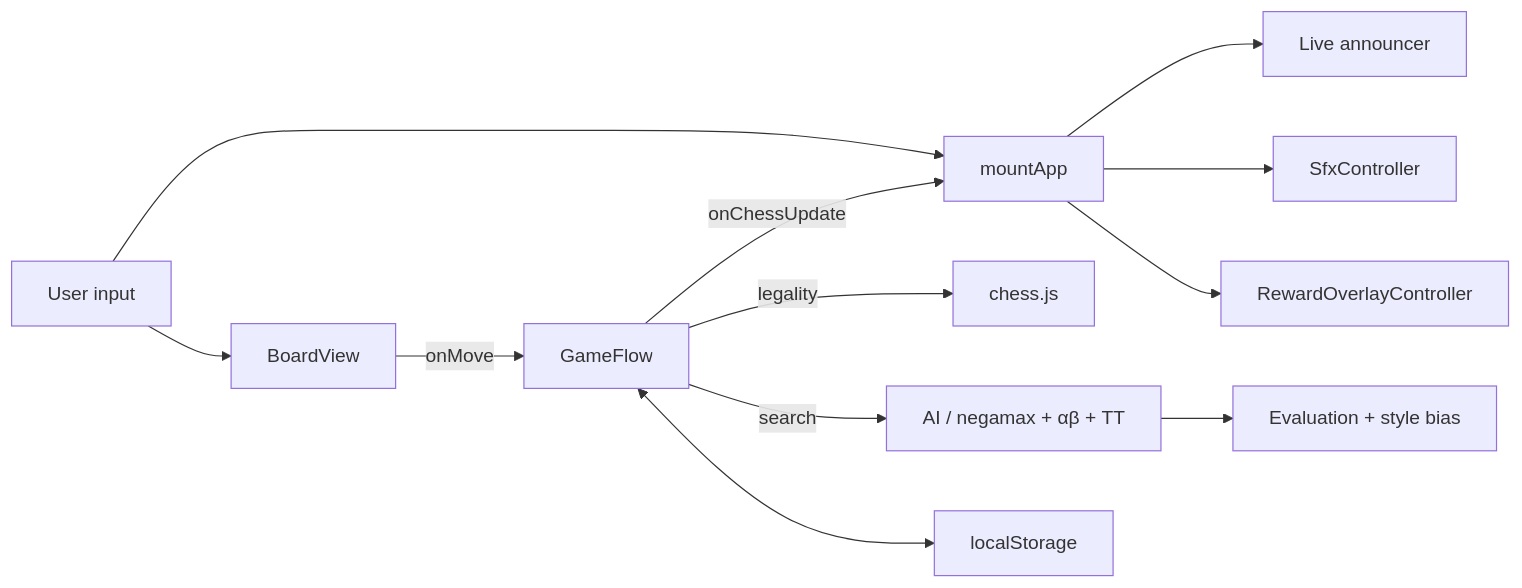
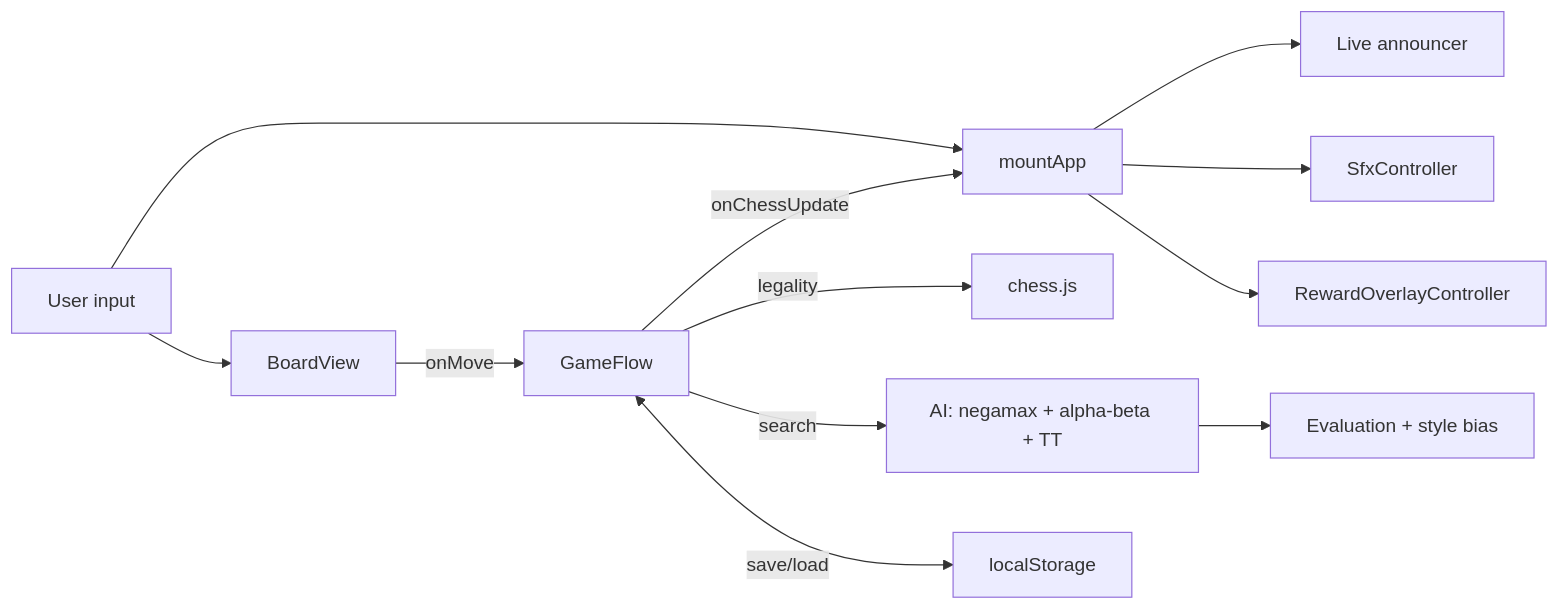
The diagram in README.md (sauterreed24/Chess-of-Kings), drawn with Mermaid before and after one commit.

Commit message:
docs(readme): fix Mermaid graph for GitHub renderer compatibility
Made-with: Cursor

````diff
--- a/README.md
+++ b/README.md
@@ -77,14 +77,14 @@
 ```mermaid
 flowchart LR
     user[User input] --> board[BoardView]
     user --> mount[mountApp]
     board -->|onMove| flow[GameFlow]
-    flow -->|legality| chessjs[chess.js]
-    flow -->|search| ai[AI / negamax + αβ + TT]
-    ai --> eval[Evaluation + style bias]
+    flow -->|legality| chessjs["chess.js"]
+    flow -->|search| ai["AI: negamax + alpha-beta + TT"]
+    ai --> eval["Evaluation + style bias"]
     flow -->|onChessUpdate| mount
     mount --> overlay[RewardOverlayController]
     mount --> sfx[SfxController]
     mount --> announcer[Live announcer]
-    flow <--> storage[localStorage]
+    flow <-->|save/load| storage[localStorage]
 ```
````
